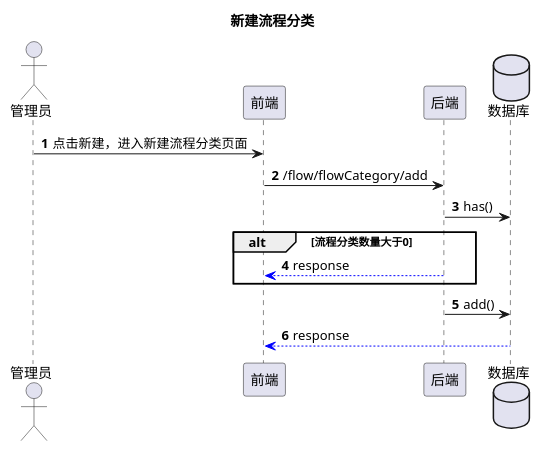
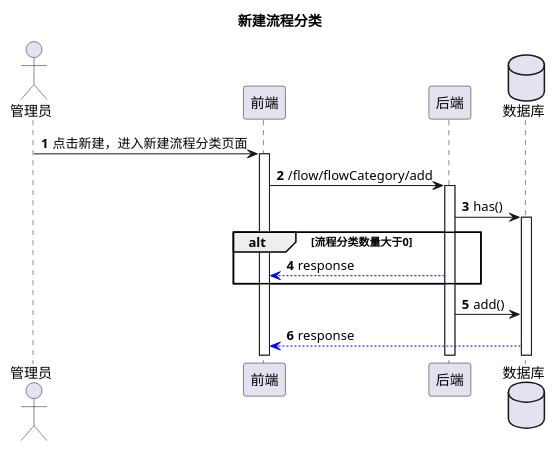
Before and after one commit to Tooooooo/workflow_hub: the diagram in document/uml/flow_design/新建流程分类.puml, drawn with PlantUML. The commit also changed other lines of this file and 1 other file, not shown here.

```diff
--- a/document/uml/flow_design/新建流程分类.puml
+++ b/document/uml/flow_design/新建流程分类.puml
@@ -1,18 +1,21 @@
 @startuml
 'https://plantuml.com/sequence-diagram
 title 新建流程分类
 actor 管理员
 participant 前端
 participant 后端
 database 数据库
 autonumber
 
 管理员 -> 前端: 点击新建，进入新建流程分类页面
+activate 前端
 前端 -> 后端: /flow/flowCategory/add
+activate 后端
 后端 -> 数据库: has()
+activate 数据库
 alt 流程分类数量大于0
 后端 --[#blue]> 前端: response
 end
 后端 -> 数据库: add()
 数据库 --[#blue]> 前端: response
 @enduml
```
